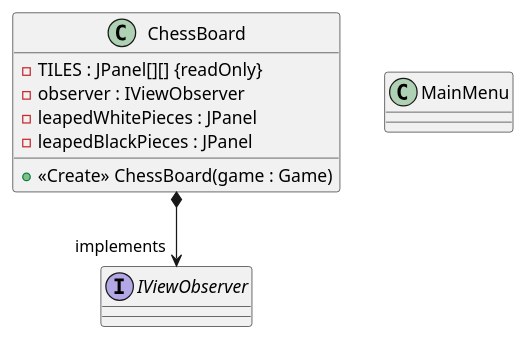
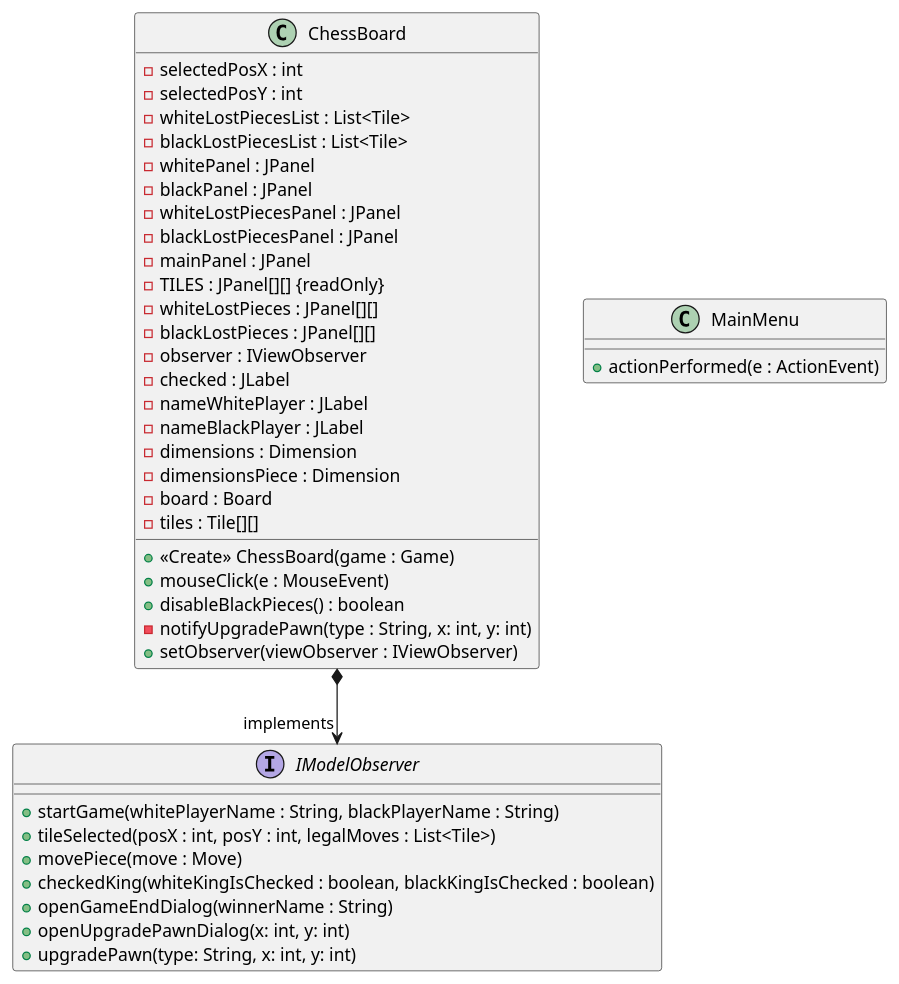
Before and after one commit to oceanedruenne/chess-game: the diagram in rendu2/rendu2/view/View.puml, drawn with PlantUML. The commit also changed 18 other files, not shown here.

Commit message:
UML + rapport + README installation

```diff
--- a/rendu2/rendu2/view/View.puml
+++ b/rendu2/rendu2/view/View.puml
@@ -1,25 +1,57 @@
 @startuml
 'https://plantuml.com/class-diagram
 
 class ChessBoard
 {
+    - selectedPosX : int
+    - selectedPosY : int
+    - whiteLostPiecesList : List<Tile>
+    - blackLostPiecesList : List<Tile>
+    - whitePanel : JPanel
+    - blackPanel : JPanel
+    - whiteLostPiecesPanel : JPanel
+    - blackLostPiecesPanel : JPanel
+    - mainPanel : JPanel
     - TILES : JPanel[][] {readOnly}
+    - whiteLostPieces : JPanel[][]
+    - blackLostPieces : JPanel[][]
     - observer : IViewObserver
-    - leapedWhitePieces : JPanel
-    - leapedBlackPieces : JPanel
+    - checked : JLabel
+    - nameWhitePlayer : JLabel
+    - nameBlackPlayer : JLabel
+    - dimensions : Dimension
+    - dimensionsPiece : Dimension
+    - board : Board
+    - tiles : Tile[][]
     + <<Create>> ChessBoard(game : Game)
+    + mouseClick(e : MouseEvent)
+    + disableBlackPieces() : boolean
+    - notifyUpgradePawn(type : String, x: int, y: int)
+    + setObserver(viewObserver : IViewObserver)
+
+
 
 }
 
 class MainMenu
 {
+    + actionPerformed(e : ActionEvent)
 }
 
-interface IViewObserver
+interface IModelObserver
 {
+    + startGame(whitePlayerName : String, blackPlayerName : String)
+    + tileSelected(posX : int, posY : int, legalMoves : List<Tile>)
+    + movePiece(move : Move)
+    + checkedKing(whiteKingIsChecked : boolean, blackKingIsChecked : boolean)
+    + openGameEndDialog(winnerName : String)
+    + openUpgradePawnDialog(x: int, y: int)
+    + upgradePawn(type: String, x: int, y: int)
+
+
 }
 
-ChessBoard *--> "implements" IViewObserver
+ChessBoard *--> "implements" IModelObserver
 
 
 @enduml
```
